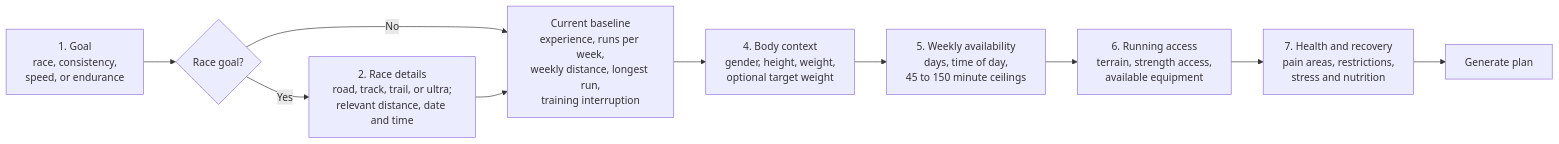
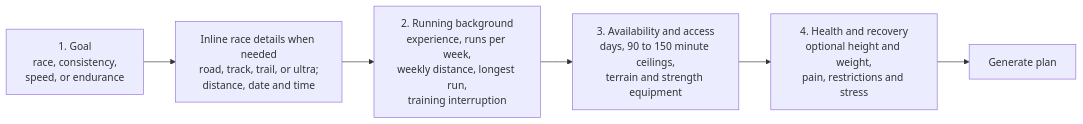
One commit to vamshikrishnabrungi/Fitness-App changed the first of 7 diagrams in docs/training-generation-architecture.md. Above: the diagram before and after it, drawn with Mermaid. The commit also changed other lines of this file and 11 other files, not shown here.

````diff
--- a/docs/training-generation-architecture.md
+++ b/docs/training-generation-architecture.md
@@ -13,12 +13,8 @@
 ```mermaid
 flowchart LR
-    A[1. Goal<br/>race, consistency,<br/>speed, or endurance] --> R{Race goal?}
-    R -->|Yes| B[2. Race details<br/>road, track, trail, or ultra;<br/>relevant distance, date and time]
-    R -->|No| C
-    B --> C[Current baseline<br/>experience, runs per week,<br/>weekly distance, longest run,<br/>training interruption]
-    C --> D[4. Body context<br/>gender, height, weight,<br/>optional target weight]
-    D --> E[5. Weekly availability<br/>days, time of day,<br/>45 to 150 minute ceilings]
-    E --> F[6. Running access<br/>terrain, strength access,<br/>available equipment]
-    F --> G[7. Health and recovery<br/>pain areas, restrictions,<br/>stress and nutrition]
-    G --> H[Generate plan]
+    A[1. Goal<br/>race, consistency,<br/>speed, or endurance] --> B[Inline race details when needed<br/>road, track, trail, or ultra;<br/>distance, date and time]
+    B --> C[2. Running background<br/>experience, runs per week,<br/>weekly distance, longest run,<br/>training interruption]
+    C --> D[3. Availability and access<br/>days, 90 to 150 minute ceilings,<br/>terrain and strength equipment]
+    D --> E[4. Health and recovery<br/>optional height and weight,<br/>pain, restrictions and stress]
+    E --> F[Generate plan]
 ```
````
